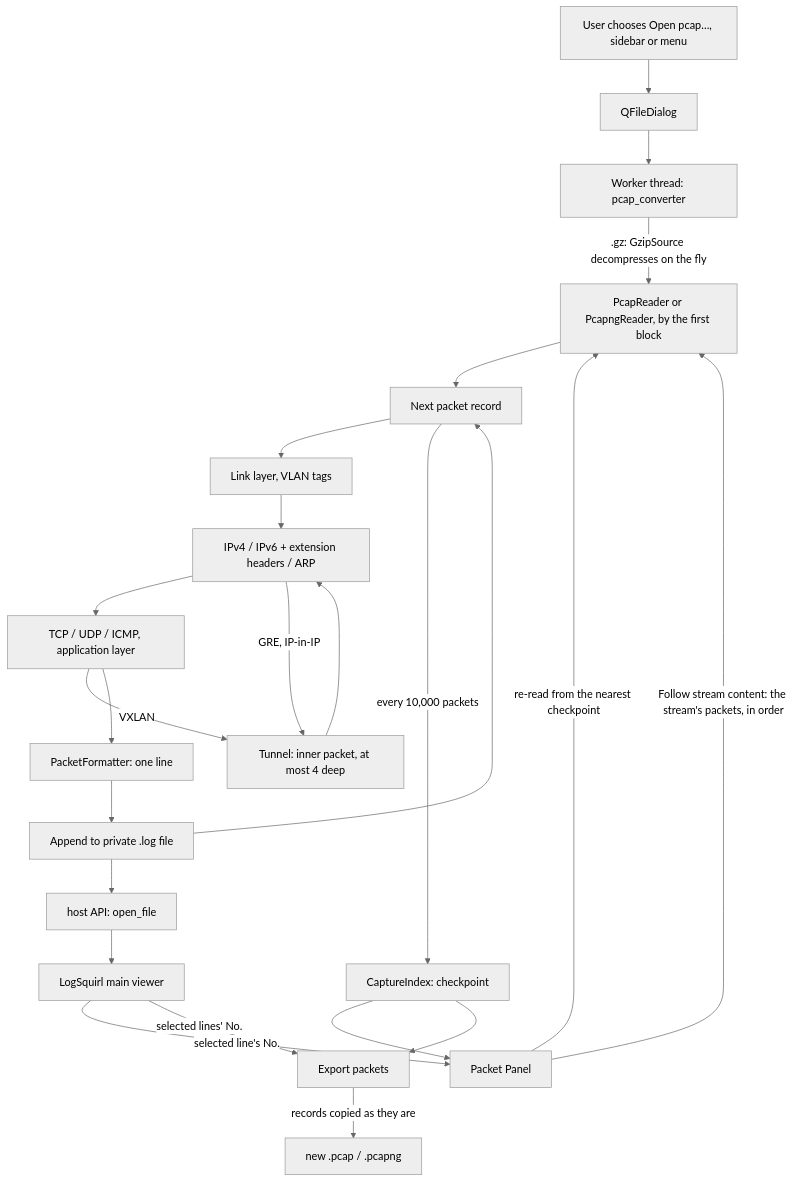
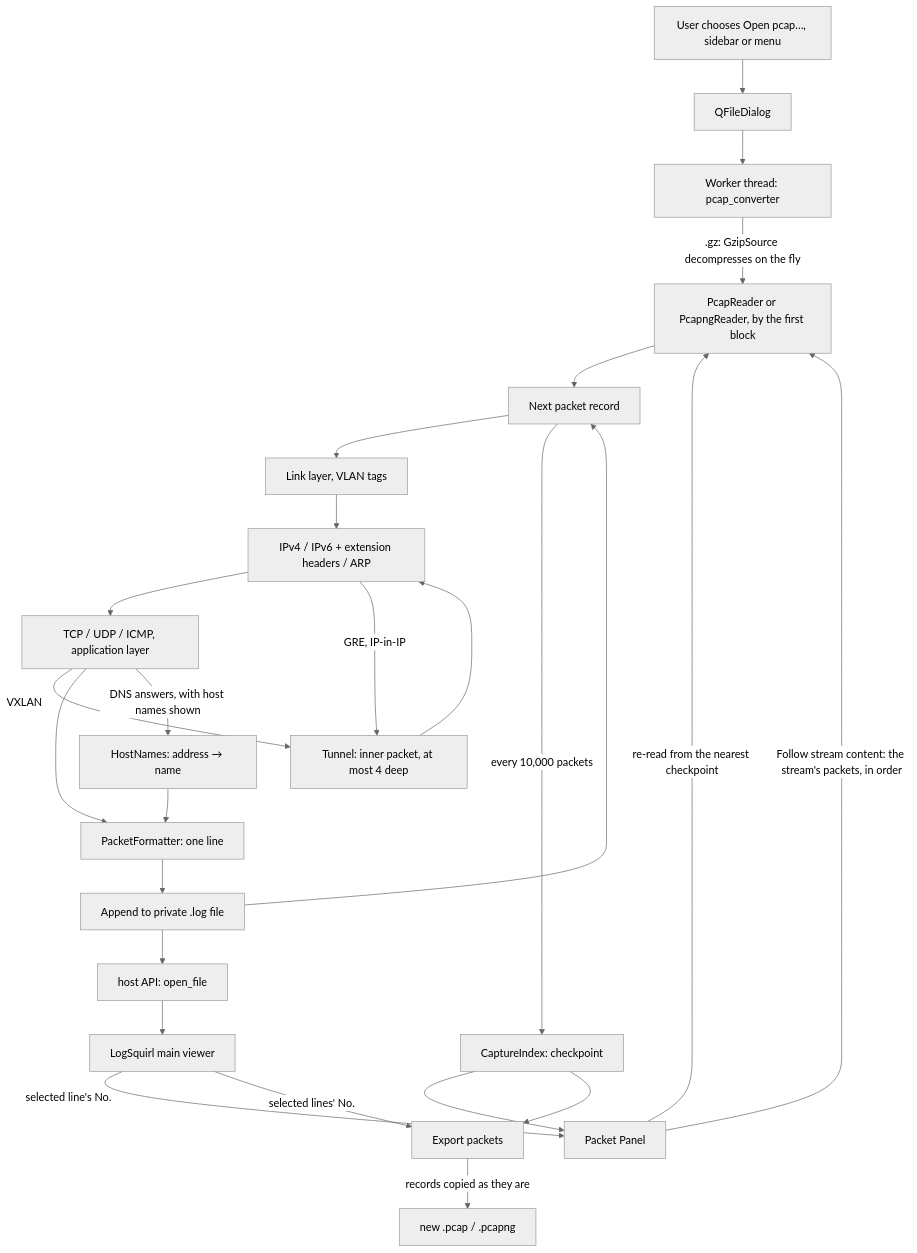
Before and after one commit to 64x-lunicorn/LogSquirl-tcpdump: the diagram in README.md, drawn with Mermaid (neutral theme). The commit also changed other lines of this file and 34 other files, not shown here.

````diff
--- a/README.md
+++ b/README.md
@@ -557,26 +600,28 @@
 ```mermaid
 graph TD
     A[User chooses Open pcap…, sidebar or menu] --> B[QFileDialog]
     B --> C[Worker thread: pcap_converter]
     C -->|.gz: GzipSource decompresses on the fly| D[PcapReader or PcapngReader, by the first block]
     D --> E[Next packet record]
     E --> F[Link layer, VLAN tags]
     F --> G[IPv4 / IPv6 + extension headers / ARP]
     G --> H[TCP / UDP / ICMP, application layer]
     G -->|GRE, IP-in-IP| T[Tunnel: inner packet, at most 4 deep]
     H -->|VXLAN| T
     T --> G
     H --> I[PacketFormatter: one line]
+    H -->|DNS answers, with host names shown| N[HostNames: address → name]
+    N --> I
     I --> J[Append to private .log file]
     J --> E
     J --> K[host API: open_file]
     K --> L[LogSquirl main viewer]
     E -->|every 10,000 packets| X[CaptureIndex: checkpoint]
     L -->|selected line's No.| P[Packet Panel]
     X --> P
     P -->|re-read from the nearest checkpoint| D
     P -->|Follow stream content: the stream's packets, in order| D
     L -->|selected lines' No.| Q[Export packets]
     X --> Q
     Q -->|records copied as they are| R[new .pcap / .pcapng]
 ```
````
